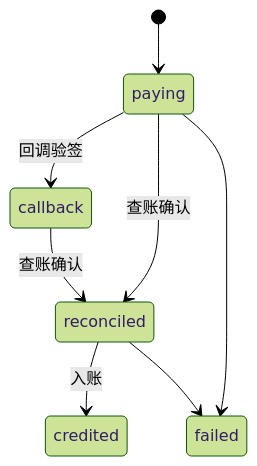
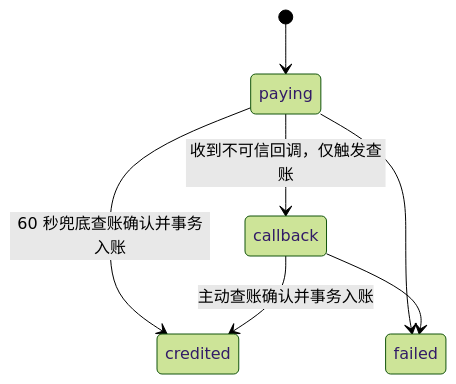
One commit to donnel666/remail changed the first of 3 diagrams in docs/6-billing-wallet.md. Above: the diagram before and after it, drawn with Mermaid (forest theme). The commit also changed other lines of this file and 38 other files, not shown here.

````diff
--- a/docs/6-billing-wallet.md
+++ b/docs/6-billing-wallet.md
@@ -74,10 +74,9 @@
 ```mermaid
 stateDiagram-v2
     [*] --> paying
-    paying --> callback: 回调验签
-    paying --> reconciled: 查账确认
-    callback --> reconciled: 查账确认
-    reconciled --> credited: 入账
+    paying --> callback: 收到不可信回调，仅触发查账
+    paying --> credited: 60 秒兜底查账确认并事务入账
+    callback --> credited: 主动查账确认并事务入账
     paying --> failed
-    reconciled --> failed
+    callback --> failed
 ```
````
